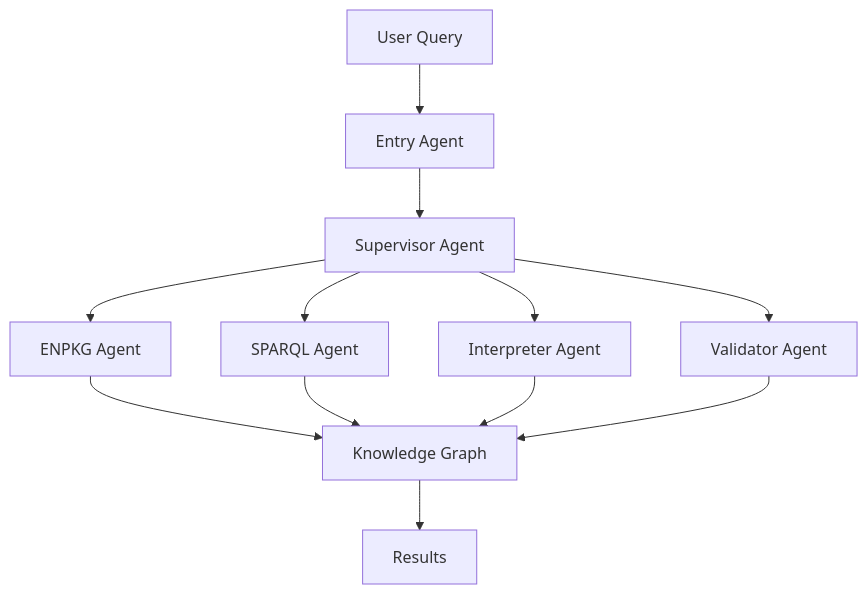
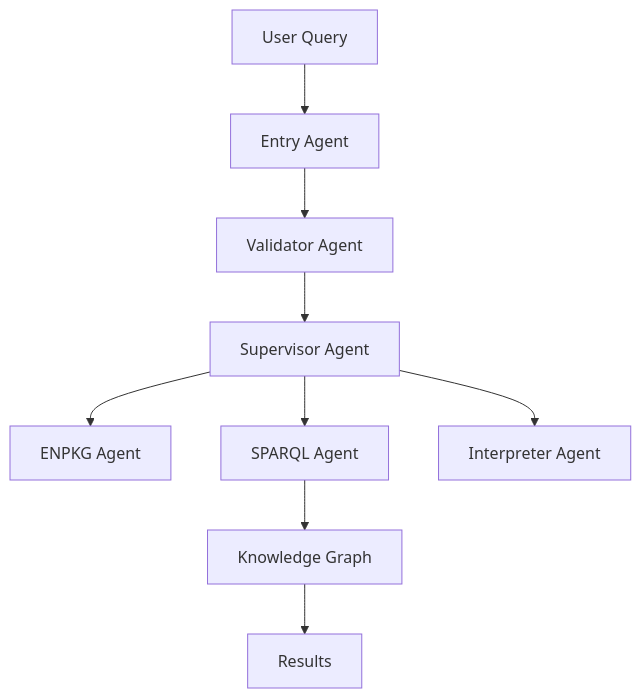
The first of 3 diagrams in docs/user-guide/overview.md (HolobiomicsLab/MetaboT), drawn with Mermaid before and after one commit. The commit also changed other lines of this file and 6 other files, not shown here.

````diff
--- a/docs/user-guide/overview.md
+++ b/docs/user-guide/overview.md
@@ -9,11 +9,12 @@
 ```mermaid
 graph TB
     A[User Query] --> B[Entry Agent]
-    B --> C[Supervisor Agent]
+    B --> G[Validator Agent]
+    G --> C[Supervisor Agent]
     C --> D[ENPKG Agent]
     C --> E[SPARQL Agent]
     C --> F[Interpreter Agent]
-    C --> G[Validator Agent]
-    D & E & F & G --> H[Knowledge Graph]
+     E  --> H[Knowledge Graph]
+    
     H --> I[Results]
 ```
````
